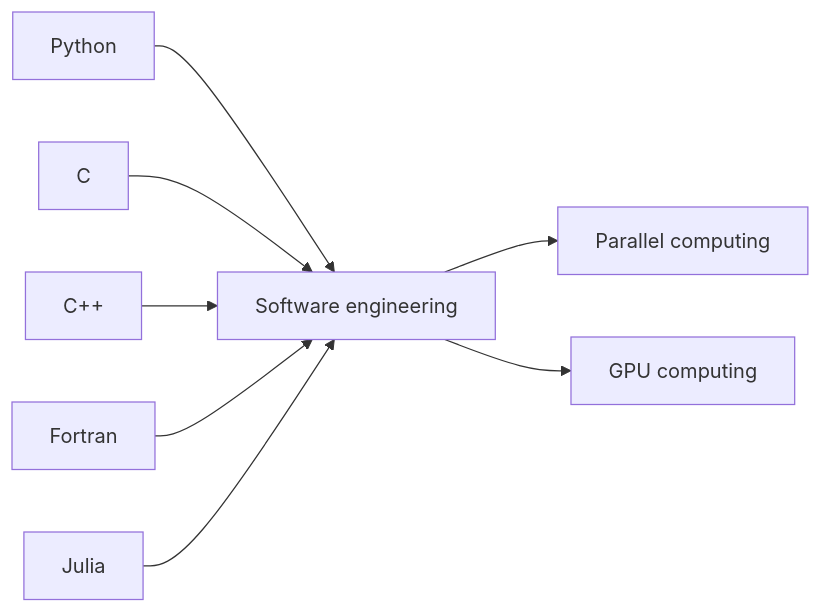
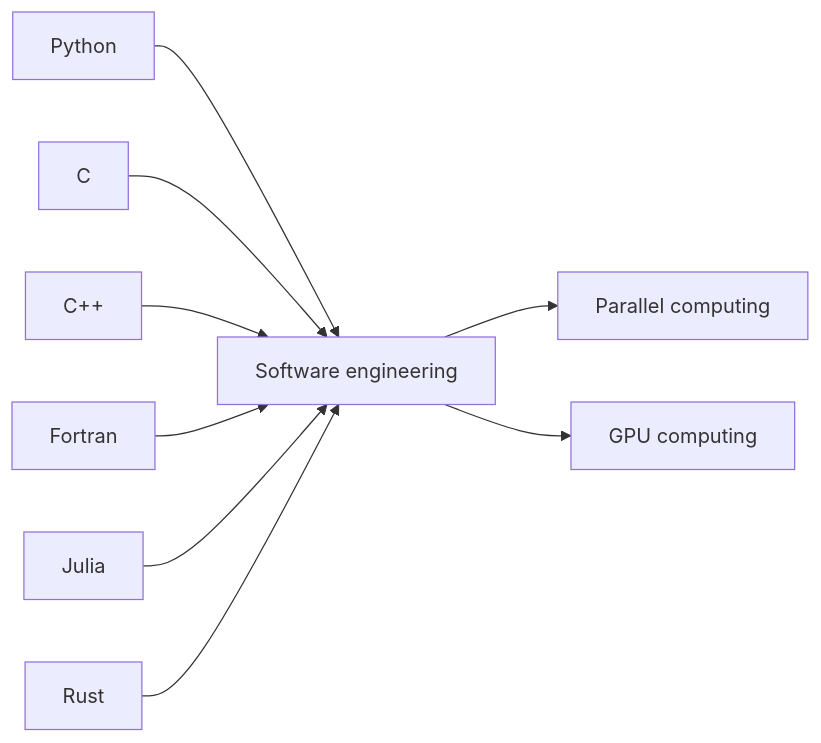
Before and after one commit to gjbex/Training-sessions: the diagram in docs/programming.md, drawn with Mermaid. The commit also changed 1 other file, not shown here.

Commit message:
Add Rust training

````diff
--- a/docs/programming.md
+++ b/docs/programming.md
@@ -3,18 +3,20 @@
 ```mermaid
 graph LR
   Python[Python] --> Software_engineering[Software engineering]
   C[C] --> Software_engineering
   Cpp[C++] --> Software_engineering
   Fortran[Fortran] --> Software_engineering
   Julia[Julia] --> Software_engineering
+  Rust[Rust] --> Software_engineering
   Software_engineering --> Parallel_computing[Parallel computing]
   Software_engineering --> GPU_computing[GPU computing]
   click Python "https://gjbex.github.io/Training-sessions/python" "Python"
   click C "https://gjbex.github.io/Training-sessions/c" "C"
   click Cpp "https://gjbex.github.io/Training-sessions/cpp" "C++"
   click Fortran "https://gjbex.github.io/Training-sessions/fortran" "Fortran"
   click Julia "https://gjbex.github.io/Julia_good_bad_ugly/" "Julia"
+  click Rust "https://gjbex.github.io/Rust-good-bad-ugly/" "Rust"
   click Software_engineering "https://gjbex.github.io/Training-sessions/software_engineering" "Software engineering"
   click Parallel_computing "https://gjbex.github.io/Training-sessions/parallel_computing" "Parallel computing"
   click GPU_computing "https://gjbex.github.io/Training-sessions/gpu_computing" "GPU computing"
 ```
````
